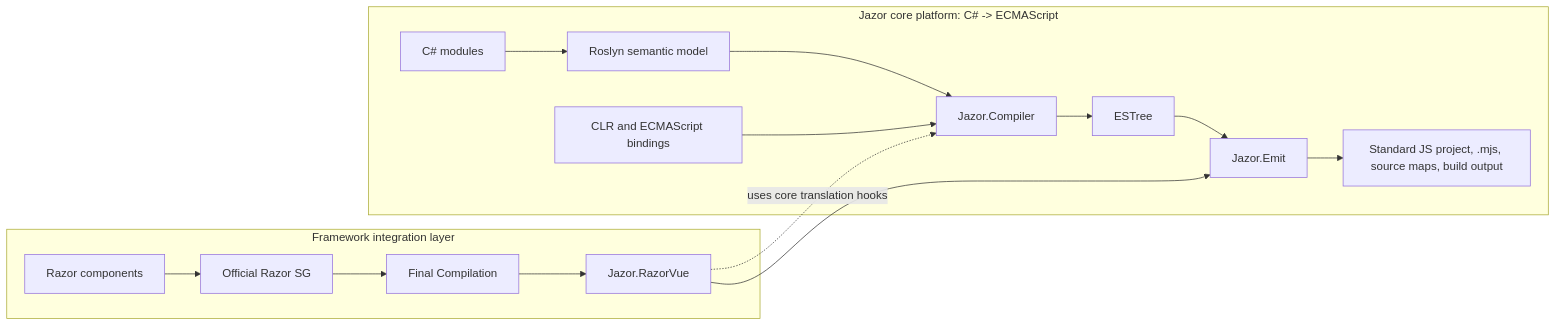
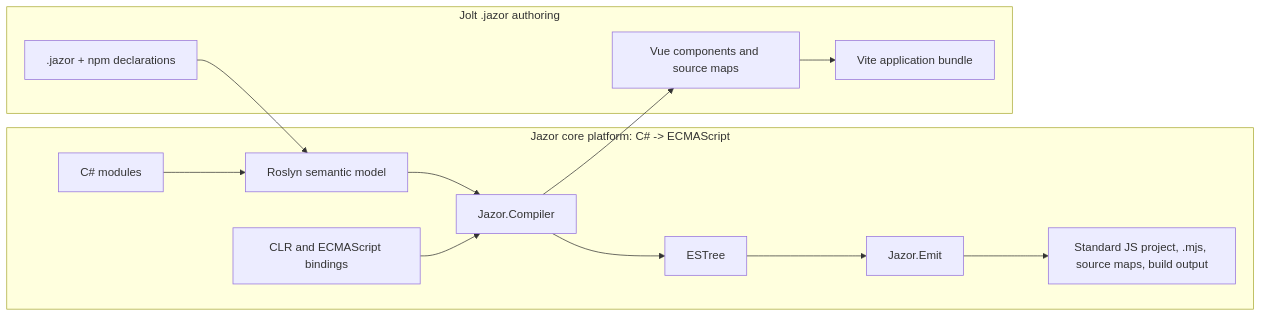
Before and after one commit to devhxj/Jazor: the diagram in README.md, drawn with Mermaid. The commit also changed other lines of this file and 567 other files, not shown here.

Commit message:
feat: make Jolt the mainline and move RazorVue to its own repository

````diff
--- a/README.md
+++ b/README.md
@@ -57,17 +55,16 @@
 ```mermaid
 flowchart LR
     subgraph Core["Jazor core platform: C# -> ECMAScript"]
         CSharp["C# modules"] --> Roslyn["Roslyn semantic model"]
         Roslyn --> Compiler["Jazor.Compiler"]
         Bindings["CLR and ECMAScript bindings"] --> Compiler
         Compiler --> Ast["ESTree"] --> Emit["Jazor.Emit"]
         Emit --> Artifacts["Standard JS project, .mjs, source maps, build output"]
     end
 
-    subgraph Integrations["Framework integration layer"]
-        Razor["Razor components"] --> RazorSG["Official Razor SG"] --> Compilation["Final Compilation"]
-        Compilation --> RazorVue["Jazor.RazorVue"]
-        RazorVue -. uses core translation hooks .-> Compiler
-        RazorVue --> Emit
+    subgraph Jolt["Jolt .jazor authoring"]
+        Jazor[".jazor + npm declarations"] --> Roslyn
+        Compiler --> Vue["Vue components and source maps"]
+        Vue --> Vite["Vite application bundle"]
     end
 ```
````
